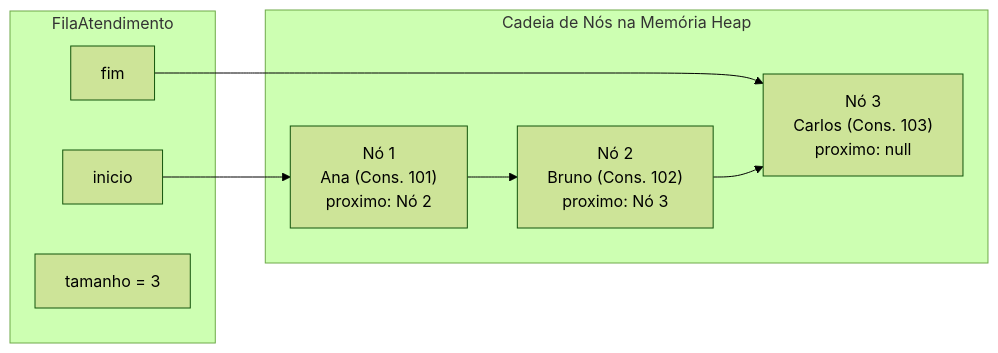
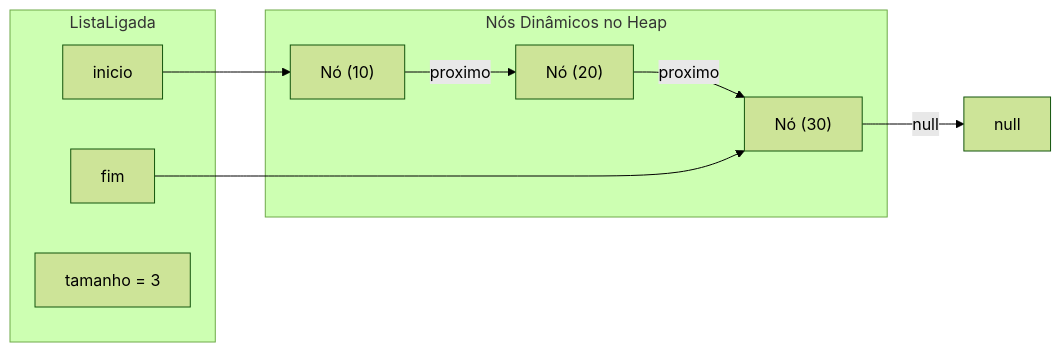
One commit to murilolol/unifef changed diagram 16 of 24 in 4º Semestre/[Prof. Wesley Soares] Estrutura de Dados I/Resumos-IA/Simulados-Comentados.md. Above: the diagram before and after it, drawn with Mermaid (forest theme). The commit also changed other lines of this file and 40 other files, not shown here.

````diff
--- a/4º Semestre/[Prof. Wesley Soares] Estrutura de Dados I/Resumos-IA/Simulados-Comentados.md
+++ b/4º Semestre/[Prof. Wesley Soares] Estrutura de Dados I/Resumos-IA/Simulados-Comentados.md
@@ -726,19 +705,20 @@
 ```mermaid
 flowchart LR
-    subgraph Controladora["FilaAtendimento"]
-        ptrInicio["inicio"]
+    subgraph Controladora["ListaLigada"]
+        ptrIni["inicio"]
         ptrFim["fim"]
         valTam["tamanho = 3"]
     end
 
-    subgraph MemoriaHeap["Cadeia de Nós na Memória Heap"]
-        N1["Nó 1<br/>Ana (Cons. 101)<br/>proximo: Nó 2"]
-        N2["Nó 2<br/>Bruno (Cons. 102)<br/>proximo: Nó 3"]
-        N3["Nó 3<br/>Carlos (Cons. 103)<br/>proximo: null"]
+    subgraph Heap["Nós Dinâmicos no Heap"]
+        N1["Nó (10)"]
+        N2["Nó (20)"]
+        N3["Nó (30)"]
     end
 
-    ptrInicio --> N1
+    ptrIni --> N1
+    N1 -->|"proximo"| N2
+    N2 -->|"proximo"| N3
+    N3 -->|"null"| Nil["null"]
     ptrFim --> N3
-    N1 --> N2
-    N2 --> N3
 ```
````
